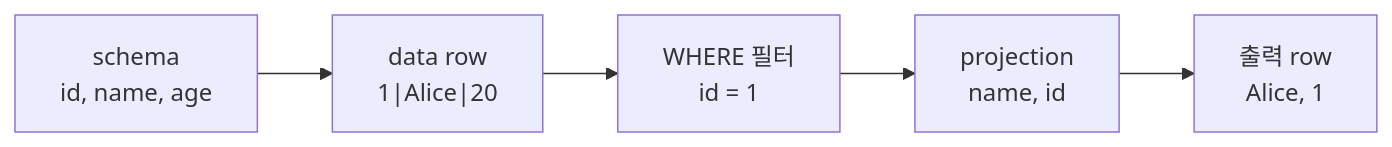
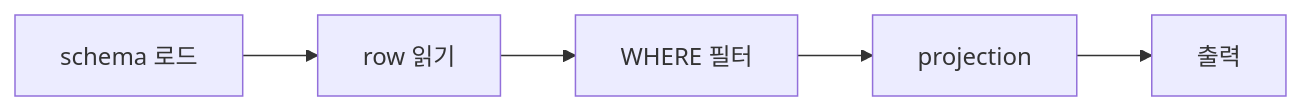
The seventh of 11 diagrams in README.md (whiskend/sql-parser-engine), drawn with Mermaid before and after one commit. The commit also changed other lines of this file and 1 other file, not shown here.

````diff
--- a/README.md
+++ b/README.md
@@ -256,7 +135,7 @@
 ```mermaid
 flowchart LR
-    A["schema<br/>id, name, age"] --> B["data row<br/>1|Alice|20"]
-    B --> C["WHERE 필터<br/>id = 1"]
-    C --> D["projection<br/>name, id"]
-    D --> E["출력 row<br/>Alice, 1"]
+    A["schema 로드"] --> B["row 읽기"]
+    B --> C["WHERE 필터"]
+    C --> D["projection"]
+    D --> E["출력"]
 ```
````
